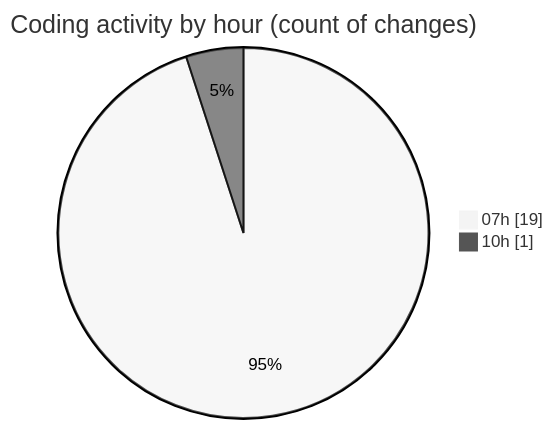
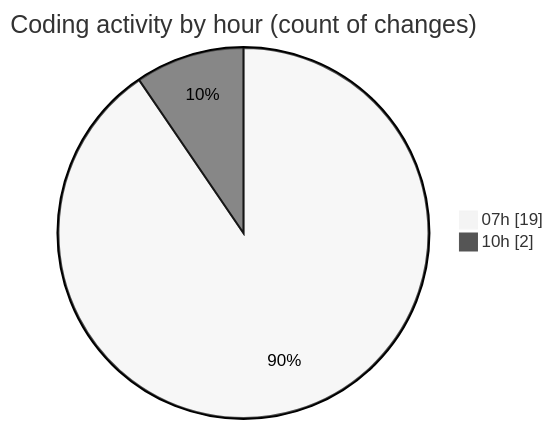
The second of 2 diagrams in 2026-04-25/darkwire/README.md (tmsrecording-cyber/code-tracking), drawn with Mermaid (neutral theme) before and after one commit. The commit also changed other lines of this file and 1 other file, not shown here.

````diff
--- a/2026-04-25/darkwire/README.md
+++ b/2026-04-25/darkwire/README.md
@@ -46,6 +46,6 @@
 ```mermaid
 pie showData
 title Coding activity by hour (count of changes)
 "07h" : 19
-"10h" : 1
+"10h" : 2
 ```
````
